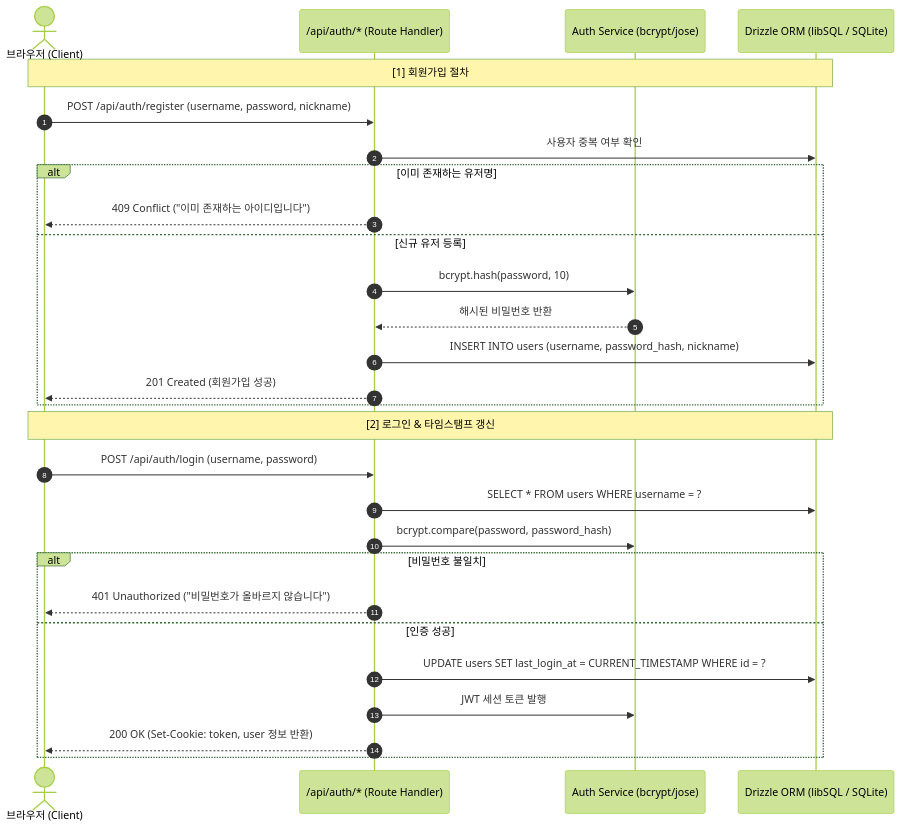
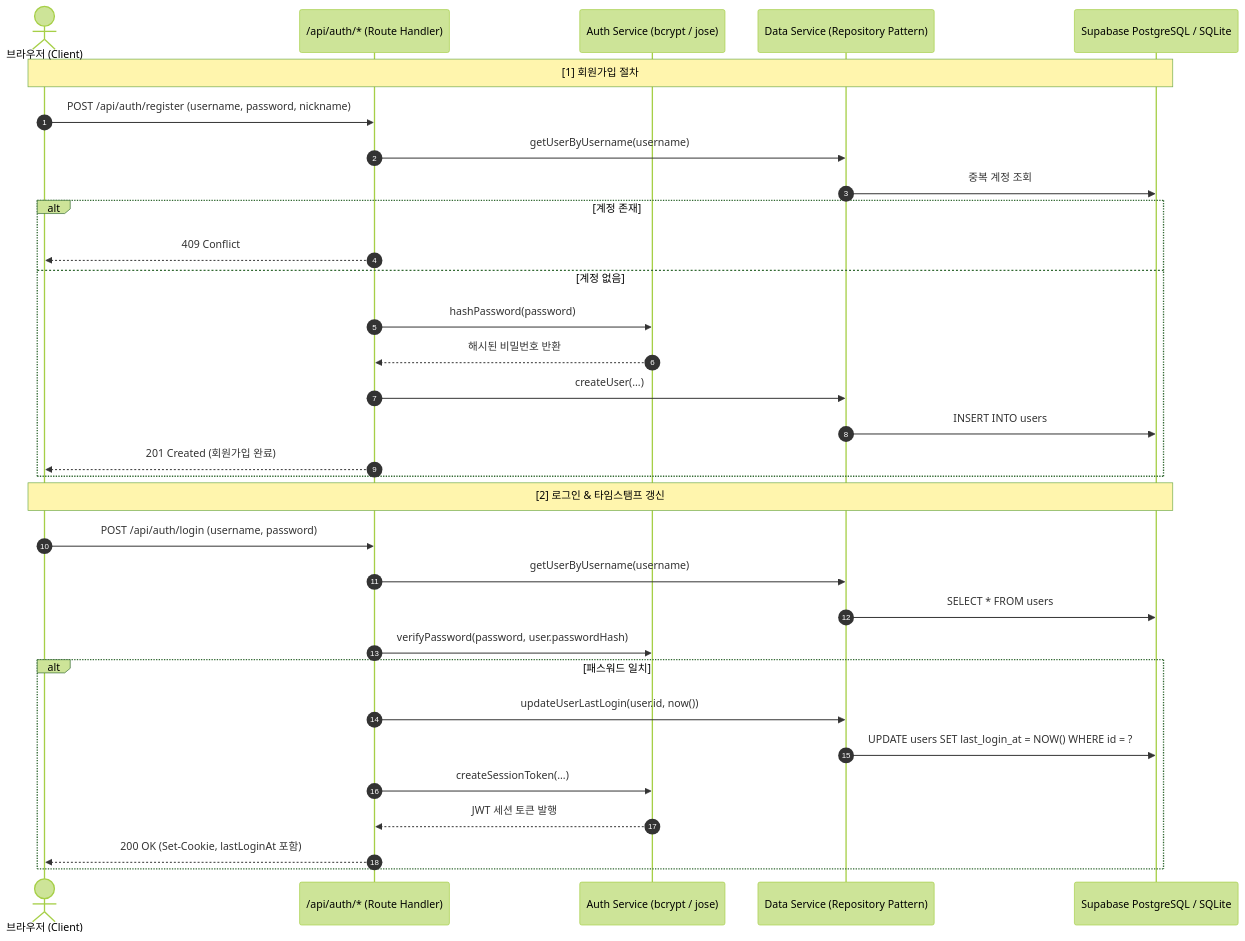
The first of 2 diagrams in docs/CONTEXT.md (kbs31175-lab/yk), drawn with Mermaid (forest theme) before and after one commit. The commit also changed other lines of this file and 19 other files, not shown here.

Commit message:
feat: Supabase(PostgreSQL & Realtime WebSocket) 연동 및 하이브리드 Data Service 구축

````diff
--- a/docs/CONTEXT.md
+++ b/docs/CONTEXT.md
@@ -11,32 +11,36 @@
 ```mermaid
 sequenceDiagram
     autonumber
     actor Client as 브라우저 (Client)
-    participant AuthRoute as /api/auth/* (Route Handler)
-    participant AuthService as Auth Service (bcrypt/jose)
-    participant DB as Drizzle ORM (libSQL / SQLite)
+    participant API as /api/auth/* (Route Handler)
+    participant Auth as Auth Service (bcrypt / jose)
+    participant DS as Data Service (Repository Pattern)
+    participant DB as Supabase PostgreSQL / SQLite
 
     Note over Client, DB: [1] 회원가입 절차
-    Client->>AuthRoute: POST /api/auth/register (username, password, nickname)
-    AuthRoute->>DB: 사용자 중복 여부 확인
-    alt 이미 존재하는 유저명
-        AuthRoute-->>Client: 409 Conflict ("이미 존재하는 아이디입니다")
-    else 신규 유저 등록
-        AuthRoute->>AuthService: bcrypt.hash(password, 10)
-        AuthService-->>AuthRoute: 해시된 비밀번호 반환
-        AuthRoute->>DB: INSERT INTO users (username, password_hash, nickname)
-        AuthRoute-->>Client: 201 Created (회원가입 성공)
+    Client->>API: POST /api/auth/register (username, password, nickname)
+    API->>DS: getUserByUsername(username)
+    DS->>DB: 중복 계정 조회
+    alt 계정 존재
+        API-->>Client: 409 Conflict
+    else 계정 없음
+        API->>Auth: hashPassword(password)
+        Auth-->>API: 해시된 비밀번호 반환
+        API->>DS: createUser(...)
+        DS->>DB: INSERT INTO users
+        API-->>Client: 201 Created (회원가입 완료)
     end
 
     Note over Client, DB: [2] 로그인 & 타임스탬프 갱신
-    Client->>AuthRoute: POST /api/auth/login (username, password)
-    AuthRoute->>DB: SELECT * FROM users WHERE username = ?
-    AuthRoute->>AuthService: bcrypt.compare(password, password_hash)
-    alt 비밀번호 불일치
-        AuthRoute-->>Client: 401 Unauthorized ("비밀번호가 올바르지 않습니다")
-    else 인증 성공
-        AuthRoute->>DB: UPDATE users SET last_login_at = CURRENT_TIMESTAMP WHERE id = ?
-        AuthRoute->>AuthService: JWT 세션 토큰 발행
-        AuthRoute-->>Client: 200 OK (Set-Cookie: token, user 정보 반환)
+    Client->>API: POST /api/auth/login (username, password)
+    API->>DS: getUserByUsername(username)
+    DS->>DB: SELECT * FROM users
+    API->>Auth: verifyPassword(password, user.passwordHash)
+    alt 패스워드 일치
+        API->>DS: updateUserLastLogin(user.id, now())
+        DS->>DB: UPDATE users SET last_login_at = NOW() WHERE id = ?
+        API->>Auth: createSessionToken(...)
+        Auth-->>API: JWT 세션 토큰 발행
+        API-->>Client: 200 OK (Set-Cookie, lastLoginAt 포함)
     end
 ```
````
